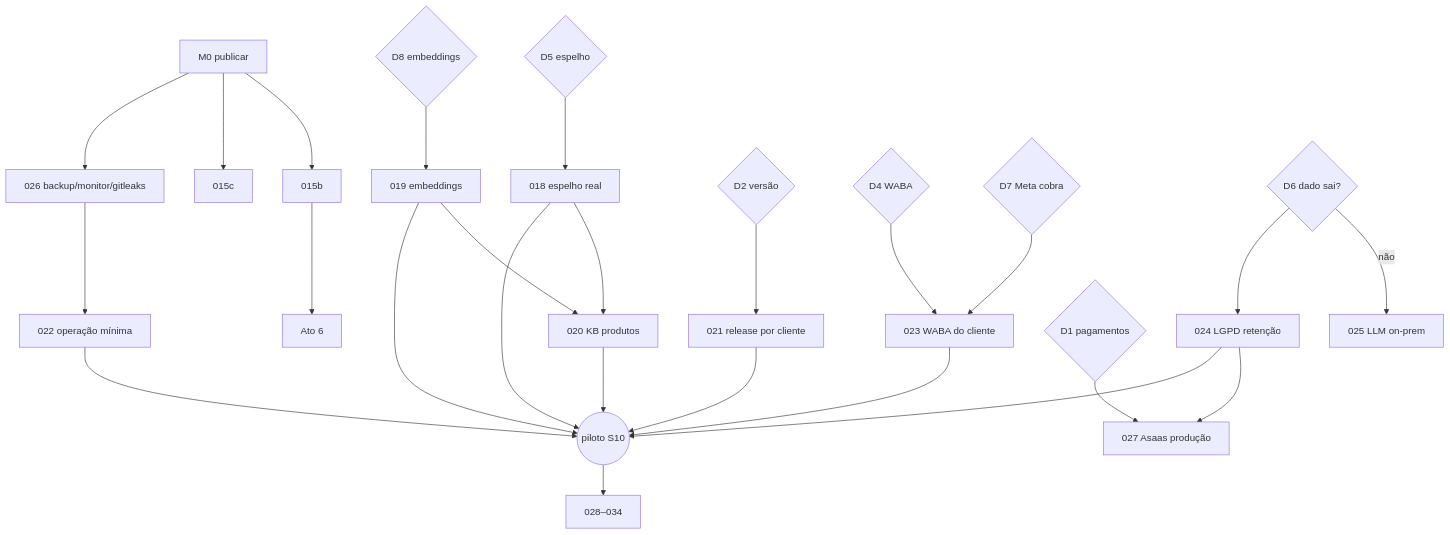
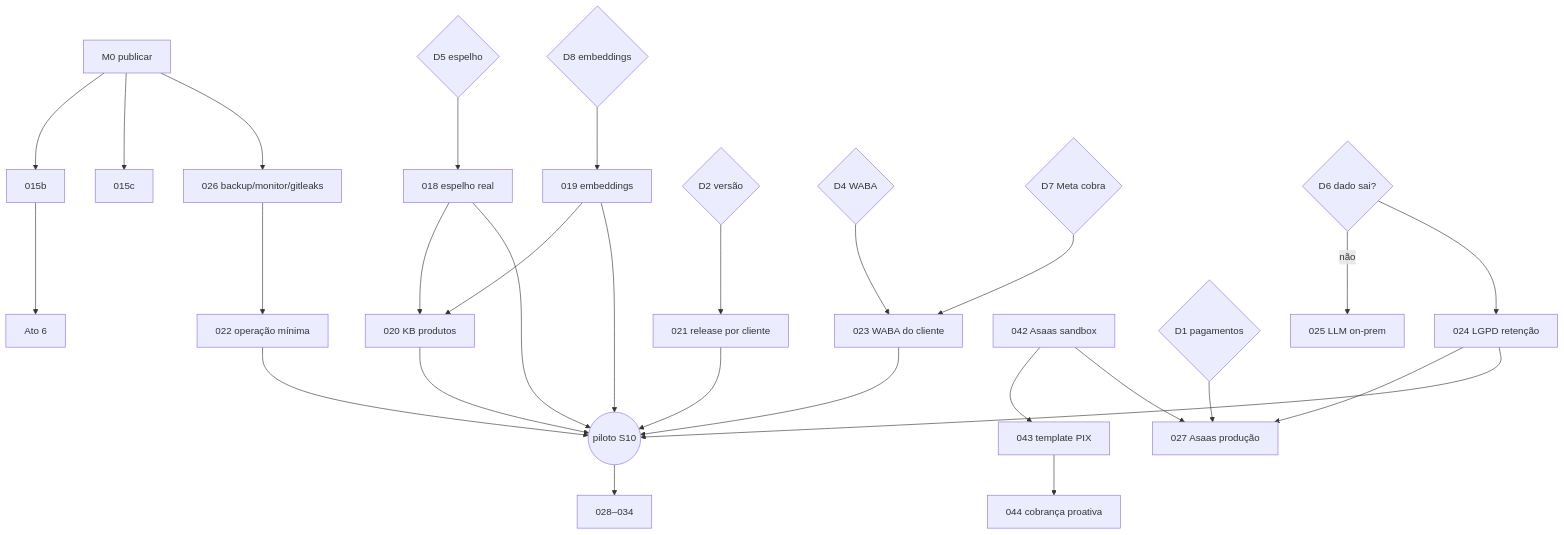
Before and after one commit to renatofm-dev/seta-agente-demo: the diagram in docs/dev/08-o-que-falta.md, drawn with Mermaid. The commit also changed other lines of this file and 7 other files, not shown here.

````diff
--- a/docs/dev/08-o-que-falta.md
+++ b/docs/dev/08-o-que-falta.md
@@ -97,17 +120,19 @@
 ```mermaid
 flowchart TD
   M0[M0 publicar] --> M1a[015b] --> P27[Ato 6]
   M0 --> M1c[015c]
   M0 --> S026[026 backup/monitor/gitleaks] --> S022[022 operação mínima]
   D5{D5 espelho} --> S018[018 espelho real] --> S020[020 KB produtos]
   D8{D8 embeddings} --> S019[019 embeddings] --> S020
   D2{D2 versão} --> S021[021 release por cliente]
   D4{D4 WABA} --> S023[023 WABA do cliente]
   D7{D7 Meta cobra} --> S023
   D6{D6 dado sai?} -->|não| S025[025 LLM on-prem]
   D6 --> S024[024 LGPD retenção]
+  S042[042 Asaas sandbox] --> S043[043 template PIX] --> S044[044 cobrança proativa]
+  S042 --> S027
   D1{D1 pagamentos} --> S027[027 Asaas produção]
   S024 --> S027
   S018 & S019 & S020 & S021 & S022 & S023 & S024 --> PILOTO((piloto S10))
   PILOTO --> M5[028–034]
 ```
````
